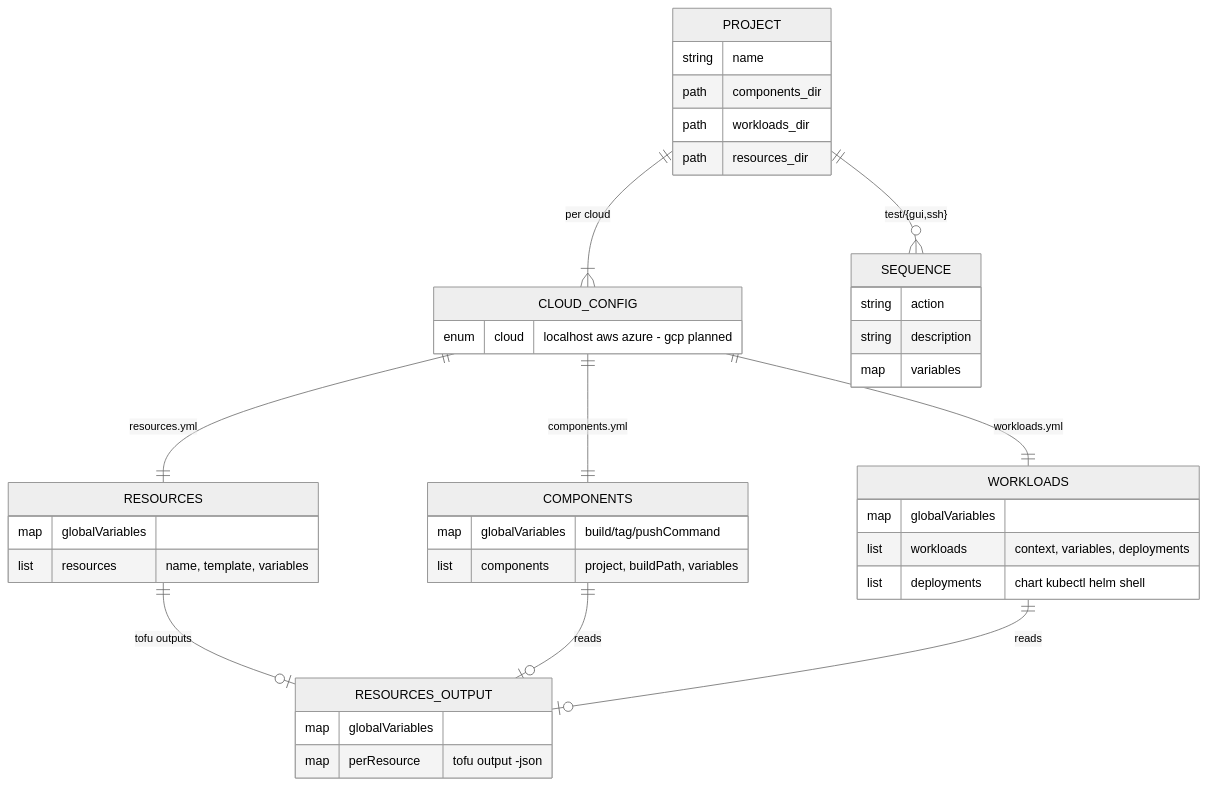
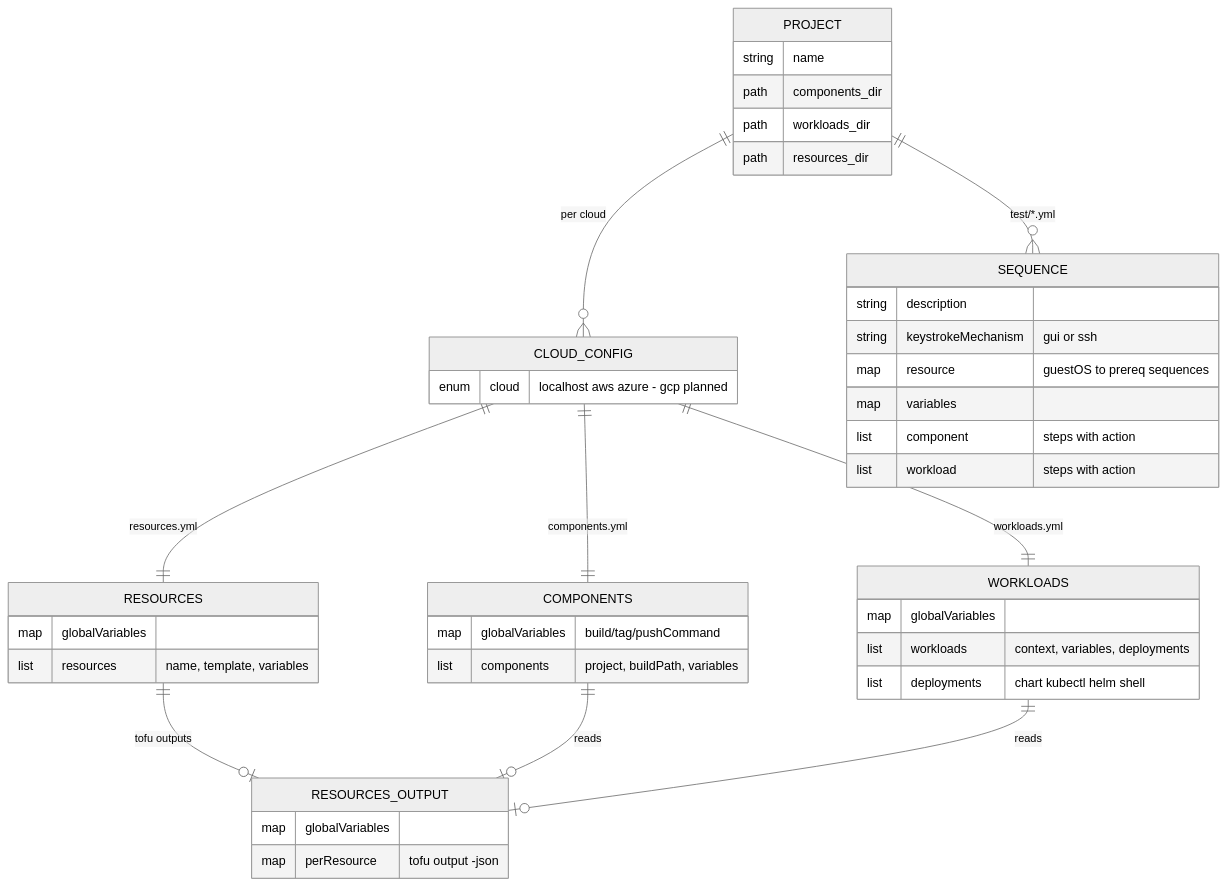
Before and after one commit to alissonsol/yuruna: the first of 2 diagrams in docs/design/05-data-model.md, drawn with Mermaid (neutral theme). The commit also changed other lines of this file and 536 other files, not shown here.

````diff
--- a/docs/design/05-data-model.md
+++ b/docs/design/05-data-model.md
@@ -16,43 +16,46 @@
 ```mermaid
 erDiagram
-    PROJECT ||--|{ CLOUD_CONFIG : "per cloud"
-    PROJECT ||--o{ SEQUENCE : "test/{gui,ssh}"
+    PROJECT ||--o{ CLOUD_CONFIG : "per cloud"
+    PROJECT ||--o{ SEQUENCE : "test/*.yml"
     CLOUD_CONFIG ||--|| RESOURCES : "resources.yml"
     CLOUD_CONFIG ||--|| COMPONENTS : "components.yml"
     CLOUD_CONFIG ||--|| WORKLOADS : "workloads.yml"
     RESOURCES ||--o| RESOURCES_OUTPUT : "tofu outputs"
     COMPONENTS ||--o| RESOURCES_OUTPUT : reads
     WORKLOADS ||--o| RESOURCES_OUTPUT : reads
 
     PROJECT {
         string name
         path components_dir
         path workloads_dir
         path resources_dir
     }
     CLOUD_CONFIG {
         enum cloud "localhost aws azure - gcp planned"
     }
     RESOURCES {
         map globalVariables
         list resources "name, template, variables"
     }
     COMPONENTS {
         map globalVariables "build/tag/pushCommand"
         list components "project, buildPath, variables"
     }
     WORKLOADS {
         map globalVariables
         list workloads "context, variables, deployments"
         list deployments "chart kubectl helm shell"
     }
     RESOURCES_OUTPUT {
         map globalVariables
         map perResource "tofu output -json"
     }
     SEQUENCE {
-        string action
         string description
+        string keystrokeMechanism "gui or ssh"
+        map resource "guestOS to prereq sequences"
         map variables
+        list component "steps with action"
+        list workload "steps with action"
     }
 ```
````
